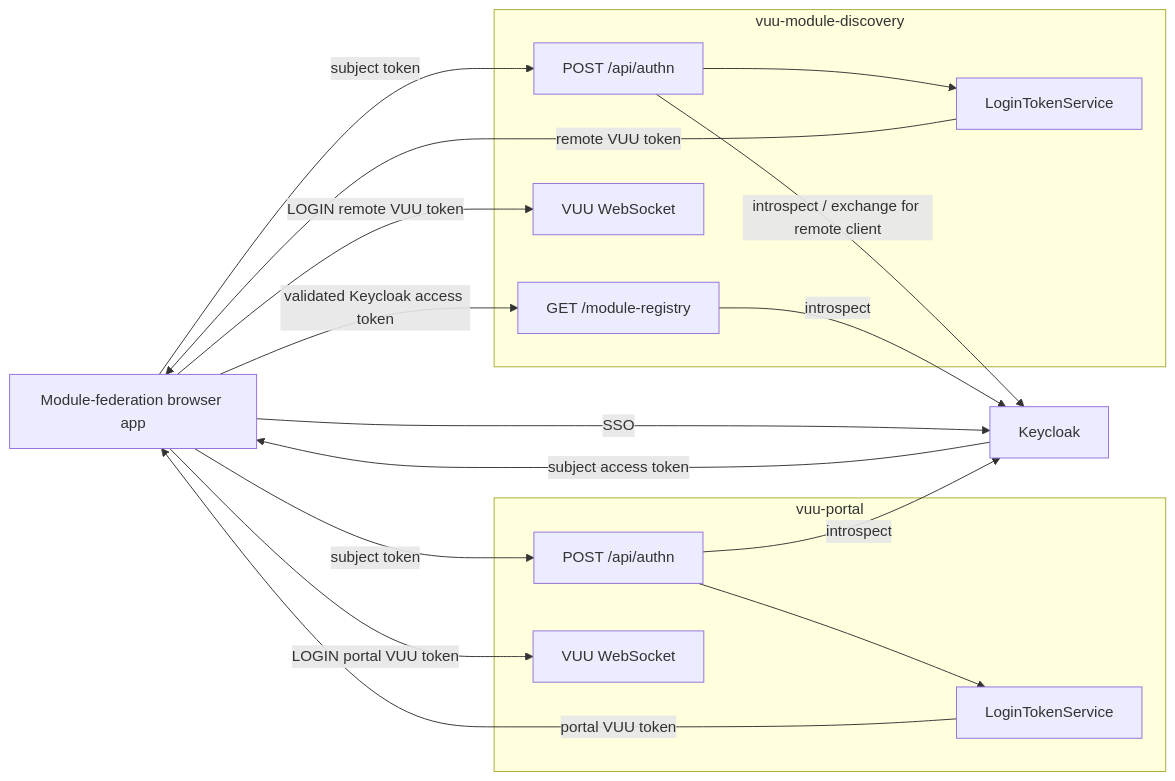
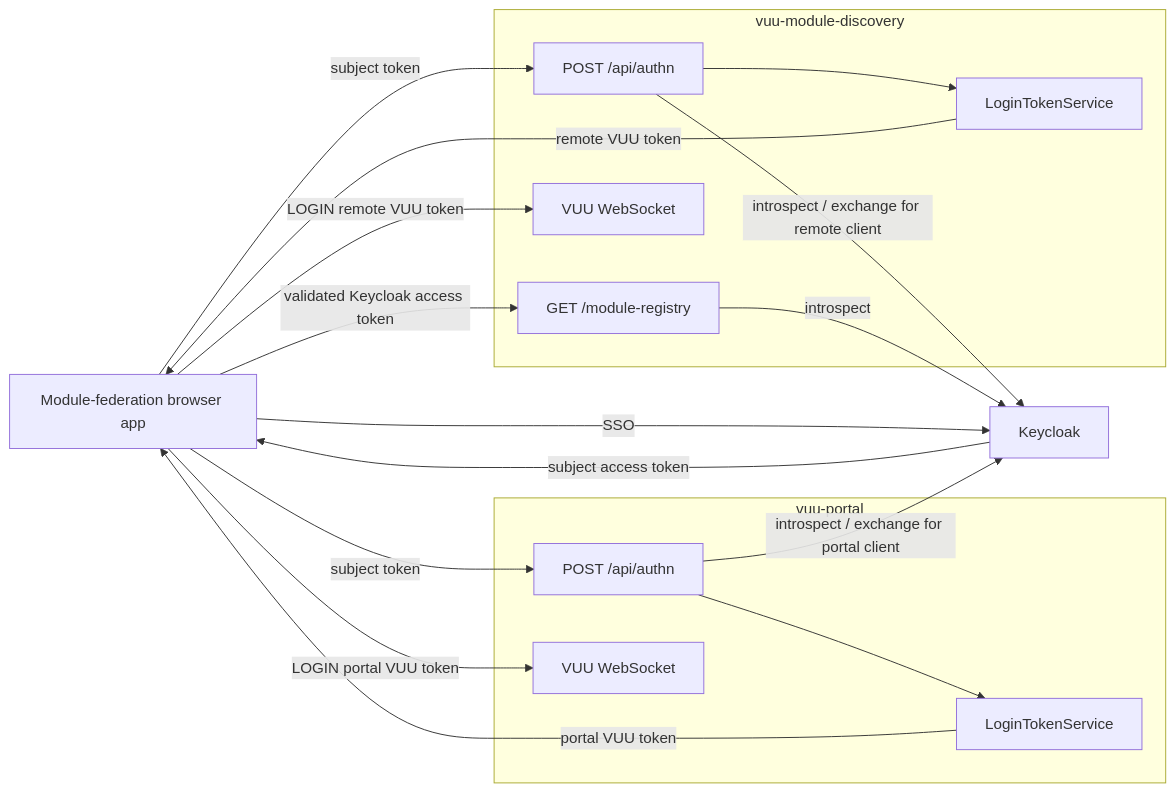
The diagram in docs/requirements/vuu-server-authentication-refactoring.md (heswell/vuu-websocket), drawn with Mermaid before and after one commit. The commit also changed other lines of this file and 7 other files, not shown here.

Commit message:
finalise keycloak auth flow

````diff
--- a/docs/requirements/vuu-server-authentication-refactoring.md
+++ b/docs/requirements/vuu-server-authentication-refactoring.md
@@ -69,36 +69,36 @@
 ```mermaid
 flowchart LR
     Browser["Module-federation browser app"]
     Keycloak["Keycloak"]
 
     subgraph Portal["vuu-portal"]
         PortalAuth["POST /api/authn"]
         PortalWs["VUU WebSocket"]
         PortalLoginTokens["LoginTokenService"]
     end
 
     subgraph Remote["vuu-module-discovery"]
         RemoteAuth["POST /api/authn"]
         Registry["GET /module-registry"]
         RemoteWs["VUU WebSocket"]
         RemoteLoginTokens["LoginTokenService"]
     end
 
     Browser -->|"SSO"| Keycloak
     Keycloak -->|"subject access token"| Browser
 
     Browser -->|"subject token"| PortalAuth
-    PortalAuth -->|"introspect"| Keycloak
+   PortalAuth -->|"introspect / exchange for portal client"| Keycloak
     PortalAuth --> PortalLoginTokens
     PortalLoginTokens -->|"portal VUU token"| Browser
     Browser -->|"LOGIN portal VUU token"| PortalWs
 
     Browser -->|"subject token"| RemoteAuth
     RemoteAuth -->|"introspect / exchange for remote client"| Keycloak
     RemoteAuth --> RemoteLoginTokens
     RemoteLoginTokens -->|"remote VUU token"| Browser
     Browser -->|"LOGIN remote VUU token"| RemoteWs
 
     Browser -->|"validated Keycloak access token"| Registry
     Registry -->|"introspect"| Keycloak
 ```
````
